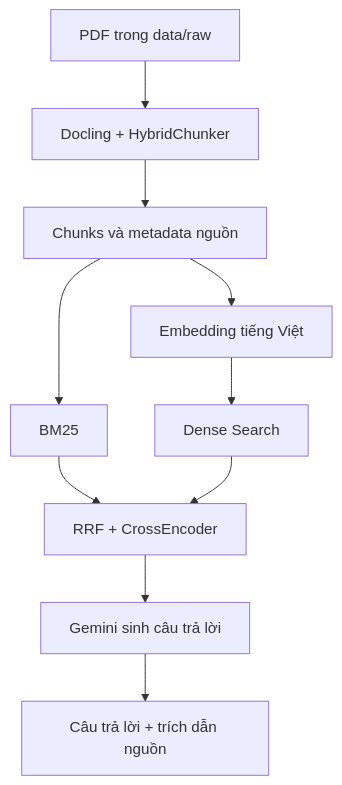
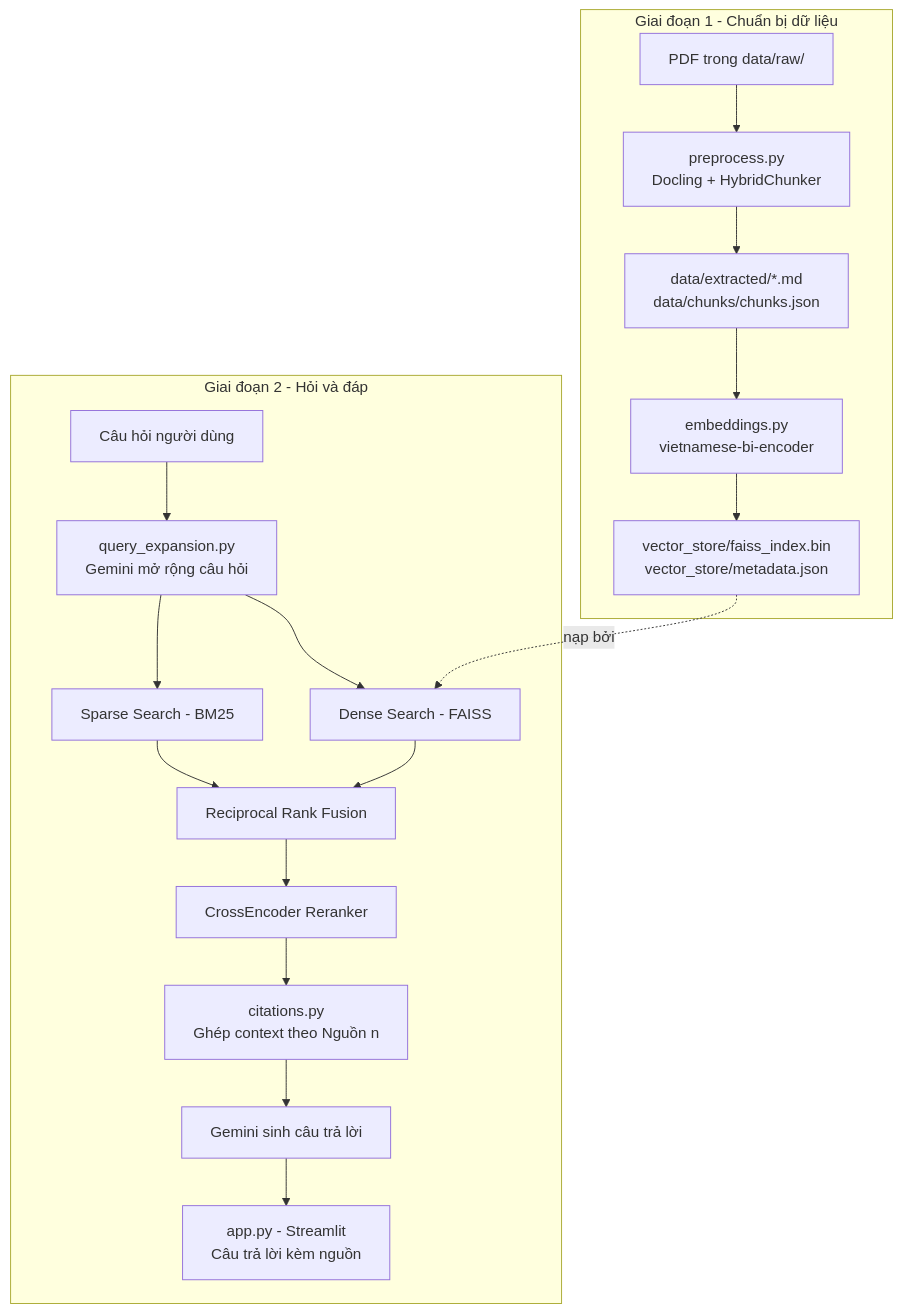
One commit to baothenotone/Project-LLM-RAG changed the diagram in README.md. Above: the diagram before and after it, drawn with Mermaid. The commit also changed other lines of this file and 2 other files, not shown here.

````diff
--- a/README.md
+++ b/README.md
@@ -23,12 +27,23 @@
 ```mermaid
 flowchart TD
-    A["PDF trong data/raw"] --> B["Docling + HybridChunker"]
-    B --> C["Chunks và metadata nguồn"]
-    C --> D["Embedding tiếng Việt"]
-    C --> E["BM25"]
-    D --> F["Dense Search"]
-    E --> G["RRF + CrossEncoder"]
-    F --> G
-    G --> H["Gemini sinh câu trả lời"]
-    H --> I["Câu trả lời + trích dẫn nguồn"]
+    subgraph GD1["Giai đoạn 1 - Chuẩn bị dữ liệu"]
+        A["PDF trong data/raw/"] --> B["preprocess.py<br/>Docling + HybridChunker"]
+        B --> C["data/extracted/*.md<br/>data/chunks/chunks.json"]
+        C --> D["embeddings.py<br/>vietnamese-bi-encoder"]
+        D --> E["vector_store/faiss_index.bin<br/>vector_store/metadata.json"]
+    end
+
+    subgraph GD2["Giai đoạn 2 - Hỏi và đáp"]
+        F["Câu hỏi người dùng"] --> G["query_expansion.py<br/>Gemini mở rộng câu hỏi"]
+        G --> H["Dense Search - FAISS"]
+        G --> I["Sparse Search - BM25"]
+        H --> J["Reciprocal Rank Fusion"]
+        I --> J
+        J --> K["CrossEncoder Reranker"]
+        K --> L["citations.py<br/>Ghép context theo Nguồn n"]
+        L --> M["Gemini sinh câu trả lời"]
+        M --> N["app.py - Streamlit<br/>Câu trả lời kèm nguồn"]
+    end
+
+    E -. nạp bởi .-> H
 ```
````
